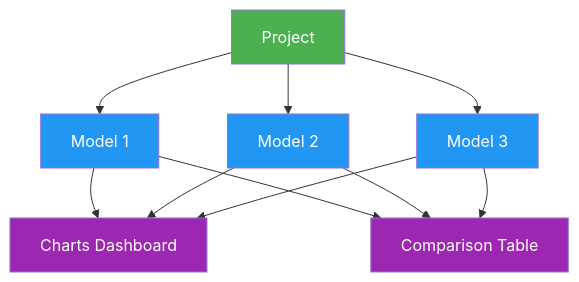
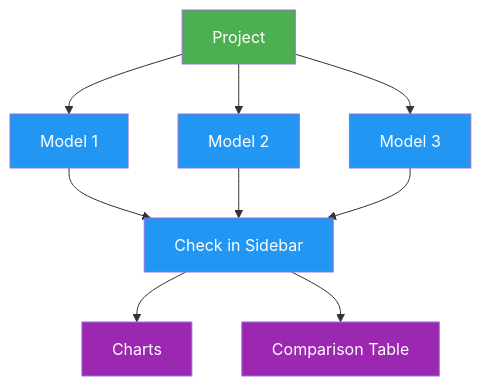
The diagram in docs/en/platform/train/projects.md (Rehman-AD/cv-yolov8-core), drawn with Mermaid before and after one commit. The commit also changed 6 other files, not shown here.

Commit message:
Align Platform workflow diagrams with the product (#25840)

````diff
--- a/docs/en/platform/train/projects.md
+++ b/docs/en/platform/train/projects.md
@@ -13,16 +13,15 @@
 ```mermaid
 graph TB
     P[Project]:::start --> M1[Model 1]:::proc
     P --> M2[Model 2]:::proc
     P --> M3[Model 3]:::proc
-    M1 --> C[Charts Dashboard]:::out
-    M2 --> C
-    M3 --> C
-    M1 --> T[Comparison Table]:::out
-    M2 --> T
-    M3 --> T
+    M1 --> S[Check in Sidebar]:::proc
+    M2 --> S
+    M3 --> S
+    S --> C[Charts]:::out
+    S --> T[Comparison Table]:::out
 
     classDef start fill:#4CAF50,color:#fff
     classDef proc fill:#2196F3,color:#fff
     classDef out fill:#9C27B0,color:#fff
 ```
````
